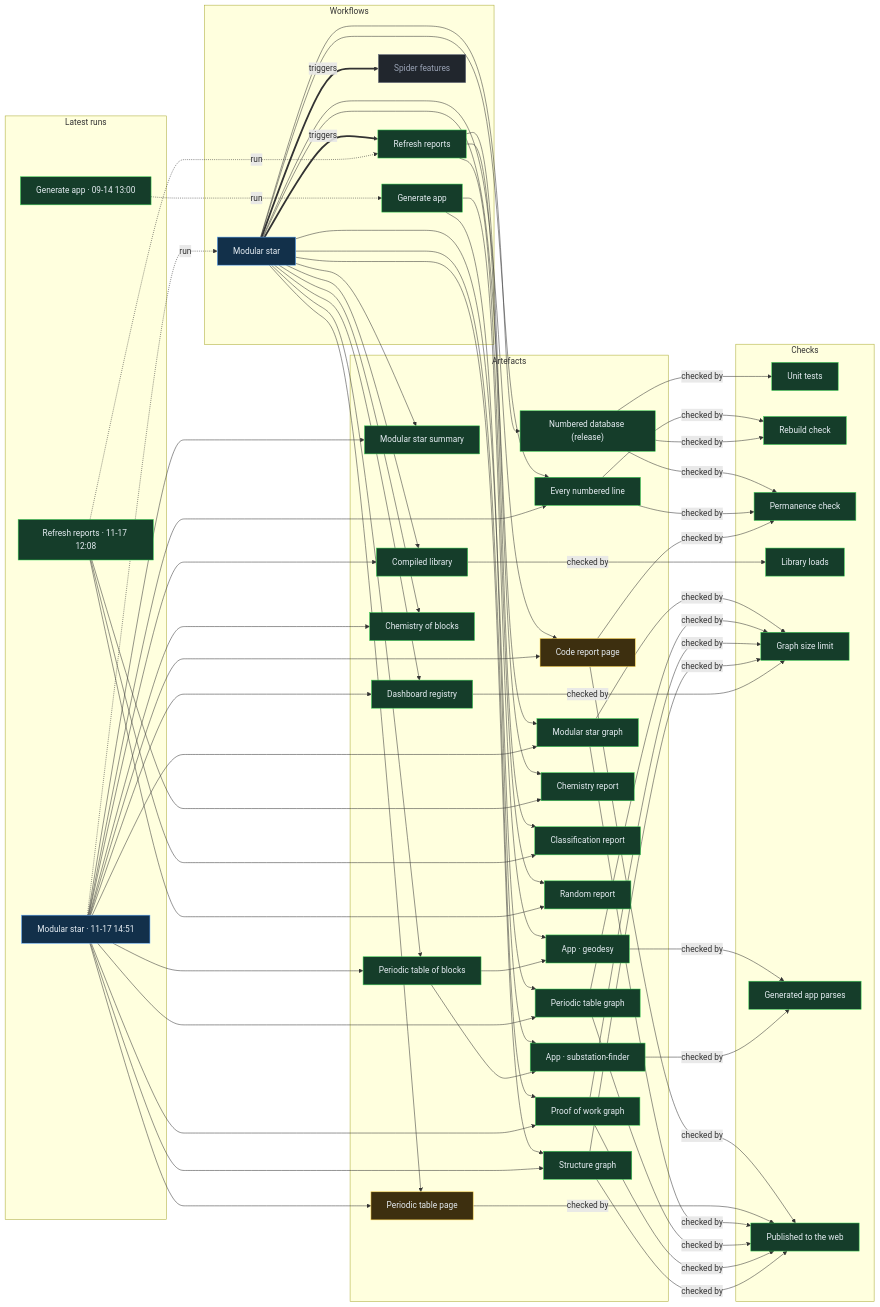
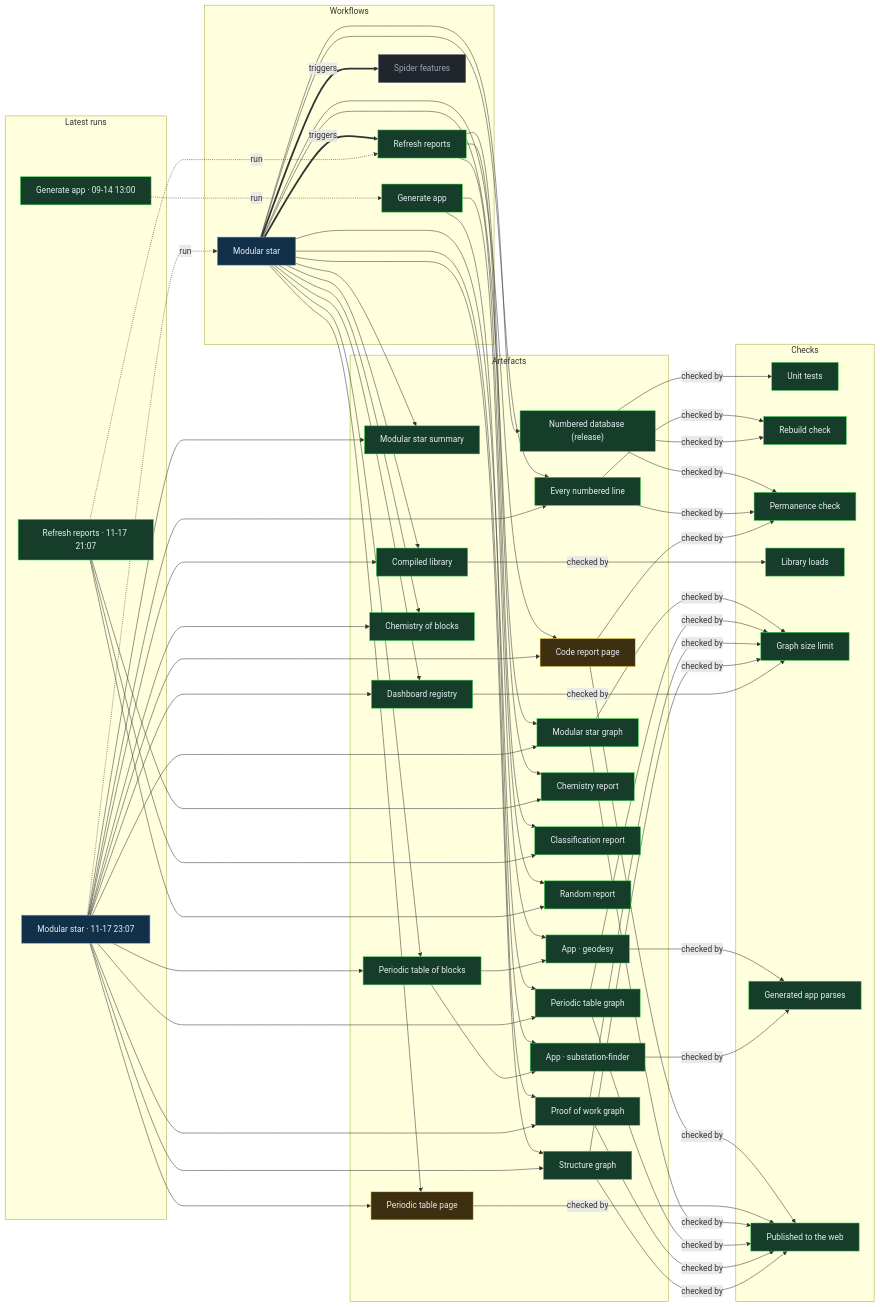
The diagram in proof/PROOF.md (Ventusltd/stars), drawn with Mermaid before and after one commit. The commit also changed other lines of this file and 167 other files, not shown here.

Commit message:
Modular star 2026-11-17T23:09Z

```diff
--- a/proof/PROOF.md
+++ b/proof/PROOF.md
@@ -24,8 +24,8 @@
   n_wf_spider_features["Spider features"]:::off
   end
   subgraph g_runs["Latest runs"]
-  n_run_44107693178["Modular star · 11-17 14:51"]:::live
-  n_run_44080323729["Refresh reports · 11-17 12:08"]:::ok
+  n_run_44196512525["Modular star · 11-17 23:07"]:::live
+  n_run_44176487205["Refresh reports · 11-17 21:07"]:::ok
   n_run_34846587798["Generate app · 09-14 13:00"]:::ok
   end
   subgraph g_artefacts["Artefacts"]
@@ -59,39 +59,39 @@
   end
   n_wf_modular_star == triggers ==> n_wf_refresh
   n_wf_modular_star == triggers ==> n_wf_spider_features
-  n_run_44107693178 -. run .-> n_wf_modular_star
-  n_run_44080323729 -. run .-> n_wf_refresh
+  n_run_44196512525 -. run .-> n_wf_modular_star
+  n_run_44176487205 -. run .-> n_wf_refresh
   n_run_34846587798 -. run .-> n_wf_generate
   n_wf_modular_star --> n_art_summary
-  n_run_44107693178 --> n_art_summary
+  n_run_44196512525 --> n_art_summary
   n_wf_modular_star --> n_art_lines
-  n_run_44107693178 --> n_art_lines
+  n_run_44196512525 --> n_art_lines
   n_wf_modular_star --> n_art_code
-  n_run_44107693178 --> n_art_code
+  n_run_44196512525 --> n_art_code
   n_wf_modular_star --> n_art_modular_graph
-  n_run_44107693178 --> n_art_modular_graph
+  n_run_44196512525 --> n_art_modular_graph
   n_wf_modular_star --> n_art_blocks
-  n_run_44107693178 --> n_art_blocks
+  n_run_44196512525 --> n_art_blocks
   n_wf_modular_star --> n_art_table
-  n_run_44107693178 --> n_art_table
+  n_run_44196512525 --> n_art_table
   n_wf_modular_star --> n_art_blocks_graph
-  n_run_44107693178 --> n_art_blocks_graph
+  n_run_44196512525 --> n_art_blocks_graph
   n_wf_modular_star --> n_art_reactions
-  n_run_44107693178 --> n_art_reactions
+  n_run_44196512525 --> n_art_reactions
   n_wf_modular_star --> n_art_library
-  n_run_44107693178 --> n_art_library
+  n_run_44196512525 --> n_art_library
   n_wf_modular_star --> n_art_features
-  n_run_44107693178 --> n_art_features
+  n_run_44196512525 --> n_art_features
   n_wf_modular_star --> n_art_proof
-  n_run_44107693178 --> n_art_proof
+  n_run_44196512525 --> n_art_proof
   n_wf_modular_star --> n_art_structure
-  n_run_44107693178 --> n_art_structure
+  n_run_44196512525 --> n_art_structure
   n_wf_refresh --> n_art_chemistry
-  n_run_44080323729 --> n_art_chemistry
+  n_run_44176487205 --> n_art_chemistry
   n_wf_refresh --> n_art_vedic
-  n_run_44080323729 --> n_art_vedic
+  n_run_44176487205 --> n_art_vedic
   n_wf_refresh --> n_art_random
-  n_run_44080323729 --> n_art_random
+  n_run_44176487205 --> n_art_random
   n_wf_modular_star --> n_art_release
   n_wf_generate --> n_app_geodesy
   n_art_blocks --> n_app_geodesy
```
